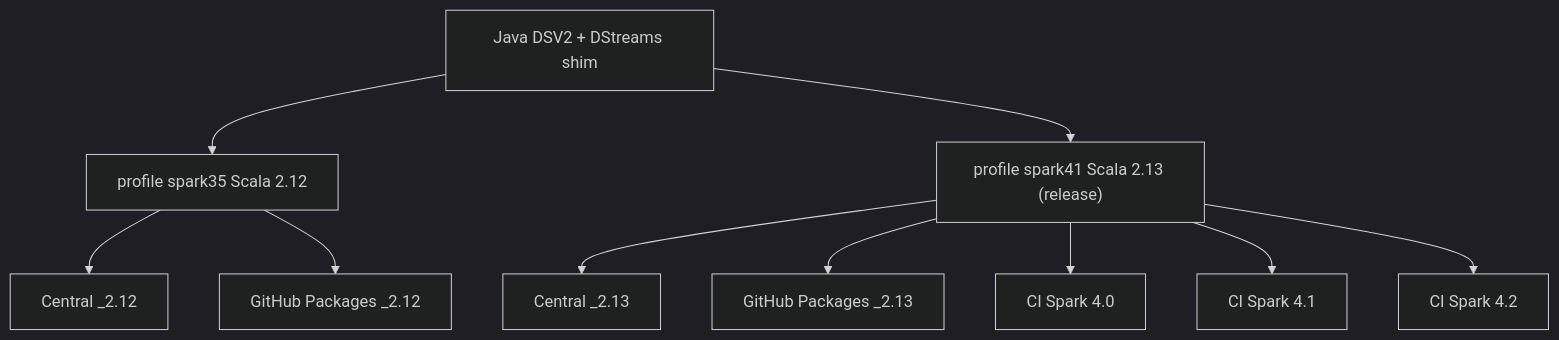
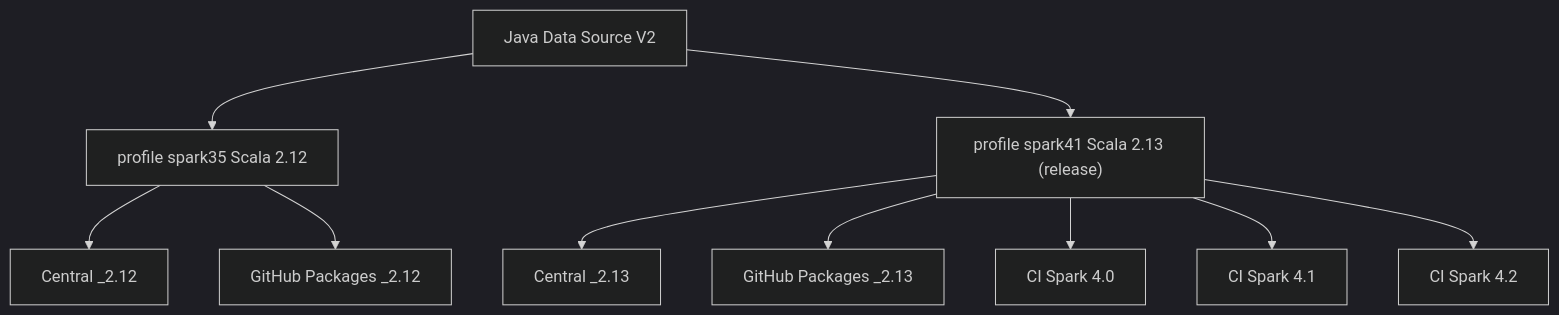
One commit to juarezr/spark-streaming-google-pubsub changed the second of 2 diagrams in docs/publishing-maven-central.md. Above: the diagram before and after it, drawn with Mermaid (dark theme). The commit also changed 22 other files, not shown here.

First line of the commit message:
refactor: remove the DStreams shim and narrow the published classes to reduce API exposition

````diff
--- a/docs/publishing-maven-central.md
+++ b/docs/publishing-maven-central.md
@@ -33,13 +33,13 @@
 ```mermaid
 flowchart TB
-  src[Java DSV2 + DStreams shim]
+  src[Java Data Source V2]
   src --> p35["profile spark35 Scala 2.12"]
   src --> p41["profile spark41 Scala 2.13 (release)"]
   p35 --> c35["Central _2.12"]
   p41 --> c413["Central _2.13"]
   p35 --> g35["GitHub Packages _2.12"]
   p41 --> g413["GitHub Packages _2.13"]
   p41 --> t40["CI Spark 4.0"]
   p41 --> t41["CI Spark 4.1"]
   p41 --> t42["CI Spark 4.2"]
 ```
````
